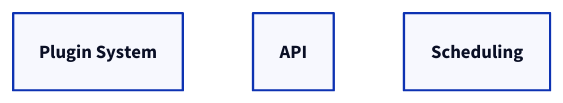
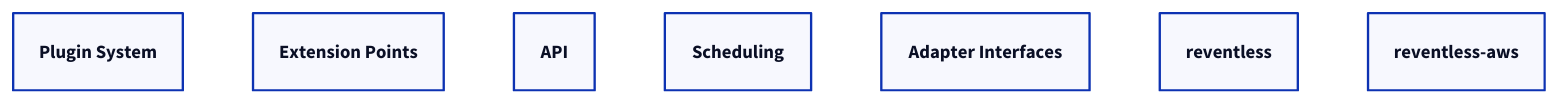
Before and after one commit to ReventlessDev/reventless-core: diagram 19 of 23 in docs/guides/d2-diagrams.md, drawn with D2. The commit also changed other lines of this file and 33 other files, not shown here.

First line of the commit message:
docs: convert all Mermaid diagrams to D2 with full semantic styling

````diff
--- a/docs/guides/d2-diagrams.md
+++ b/docs/guides/d2-diagrams.md
@@ -443,5 +449,9 @@
 ```d2
-plugins:    Plugin System { class: plugin-area }
-api_area:   API           { class: api-area }
-scheduling: Scheduling    { class: scheduling-area }
+plugins:    Plugin System       { class: plugin-area }
+ep_area:    Extension Points    { class: extension-point-area }
+api_area:   API                 { class: api-area }
+scheduling: Scheduling          { class: scheduling-area }
+adapters:   Adapter Interfaces  { class: adapter-area }
+rv:         reventless          { class: reventless-area }
+rv_aws:     reventless-aws      { class: reventless-aws-area }
 ```
````
